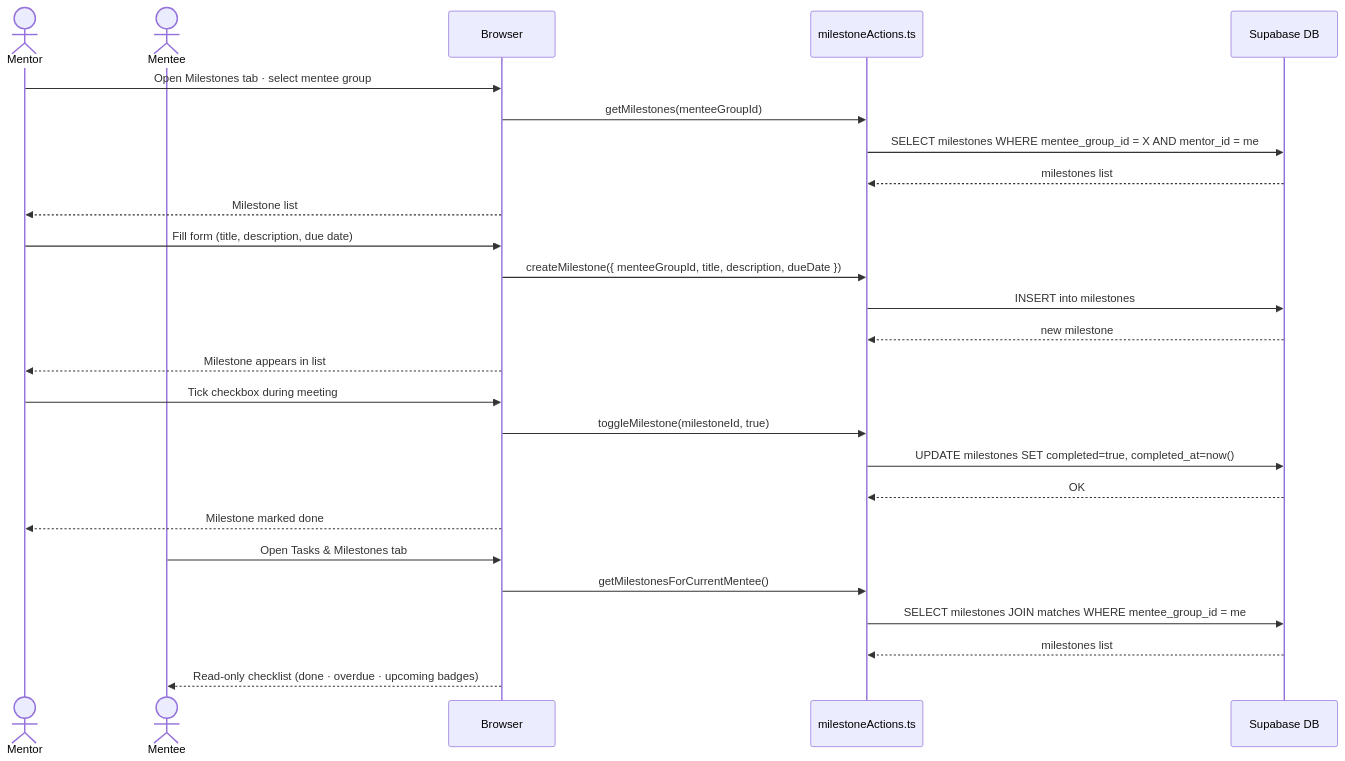
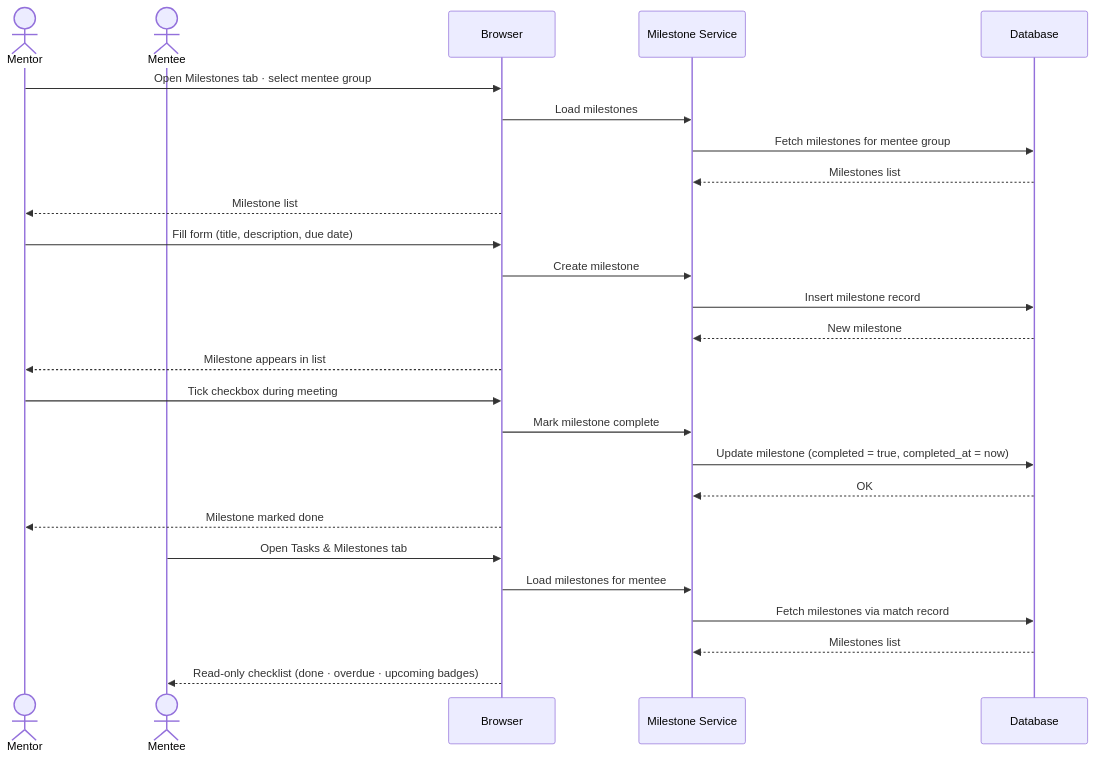
One commit to ieqisg/fortis-nexus changed the fourth of 7 diagrams in docs/system-diagrams.md. Above: the diagram before and after it, drawn with Mermaid. The commit also changed other lines of this file, not shown here.

````diff
--- a/docs/system-diagrams.md
+++ b/docs/system-diagrams.md
@@ -175,32 +173,32 @@
 ```mermaid
 sequenceDiagram
-    actor Mentor as Mentor
-    actor Mentee as Mentee
-    participant Browser as Browser
-    participant MilestoneActions as milestoneActions.ts
-    participant DB as Supabase DB
+    actor Mentor
+    actor Mentee
+    participant Browser
+    participant Milestone Service
+    participant Database
 
     Mentor->>Browser: Open Milestones tab · select mentee group
-    Browser->>MilestoneActions: getMilestones(menteeGroupId)
-    MilestoneActions->>DB: SELECT milestones WHERE mentee_group_id = X AND mentor_id = me
-    DB-->>MilestoneActions: milestones list
+    Browser->>Milestone Service: Load milestones
+    Milestone Service->>Database: Fetch milestones for mentee group
+    Database-->>Milestone Service: Milestones list
     Browser-->>Mentor: Milestone list
 
     Mentor->>Browser: Fill form (title, description, due date)
-    Browser->>MilestoneActions: createMilestone({ menteeGroupId, title, description, dueDate })
-    MilestoneActions->>DB: INSERT into milestones
-    DB-->>MilestoneActions: new milestone
+    Browser->>Milestone Service: Create milestone
+    Milestone Service->>Database: Insert milestone record
+    Database-->>Milestone Service: New milestone
     Browser-->>Mentor: Milestone appears in list
 
     Mentor->>Browser: Tick checkbox during meeting
-    Browser->>MilestoneActions: toggleMilestone(milestoneId, true)
-    MilestoneActions->>DB: UPDATE milestones SET completed=true, completed_at=now()
-    DB-->>MilestoneActions: OK
+    Browser->>Milestone Service: Mark milestone complete
+    Milestone Service->>Database: Update milestone (completed = true, completed_at = now)
+    Database-->>Milestone Service: OK
     Browser-->>Mentor: Milestone marked done
 
     Mentee->>Browser: Open Tasks & Milestones tab
-    Browser->>MilestoneActions: getMilestonesForCurrentMentee()
-    MilestoneActions->>DB: SELECT milestones JOIN matches WHERE mentee_group_id = me
-    DB-->>MilestoneActions: milestones list
+    Browser->>Milestone Service: Load milestones for mentee
+    Milestone Service->>Database: Fetch milestones via match record
+    Database-->>Milestone Service: Milestones list
     Browser-->>Mentee: Read-only checklist (done · overdue · upcoming badges)
 ```
````
